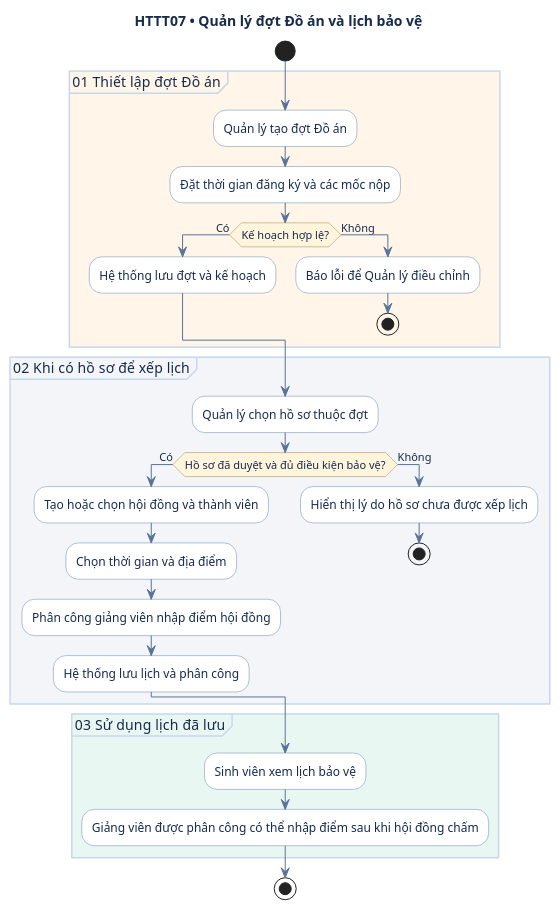
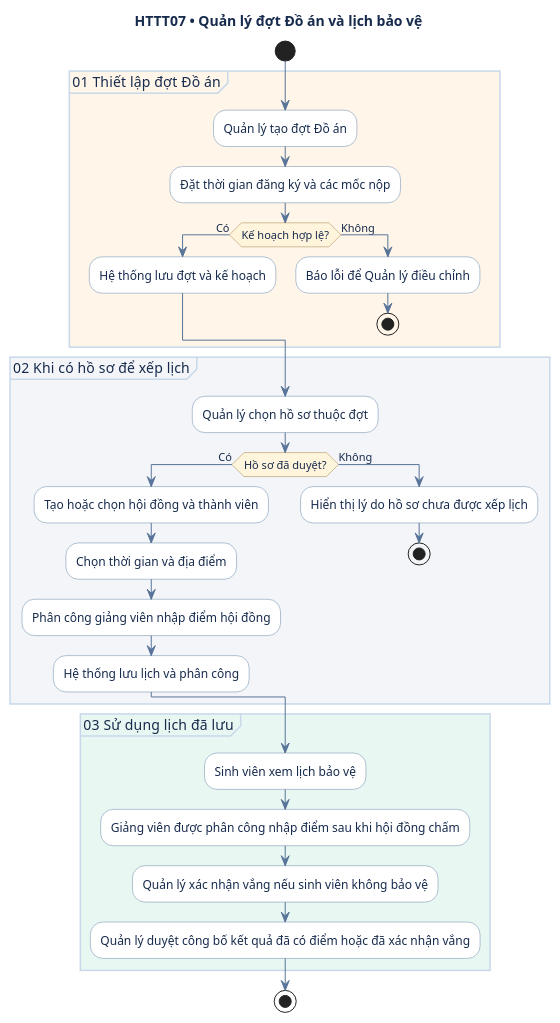
The eighth of 8 diagrams in 02-so-do-uml(1).md (lam-vu6868/HTQL_TieuLuan_DoAN), drawn with PlantUML before and after one commit. The commit also changed other lines of this file and 4 other files, not shown here.

````diff
--- a/02-so-do-uml(1).md
+++ b/02-so-do-uml(1).md
@@ -471,45 +502,47 @@
 ```plantuml
 @startuml
 title HTTT07 • Quản lý đợt Đồ án và lịch bảo vệ
 skinparam shadowing false
 skinparam DefaultFontName SansSerif
 skinparam defaultFontColor #172B4D
 skinparam ArrowColor #587499
 skinparam ActivityBorderColor #6586AB
 skinparam ActivityBackgroundColor #FFFFFF
 skinparam ActivityDiamondBackgroundColor #FFF4DC
 skinparam ActivityDiamondBorderColor #A48347
 skinparam PartitionBorderColor #C8D8EB
 
 start
 partition #FFF5E8 "01  Thiết lập đợt Đồ án" {
   :Quản lý tạo đợt Đồ án;
   :Đặt thời gian đăng ký và các mốc nộp;
   if (Kế hoạch hợp lệ?) then (Có)
     :Hệ thống lưu đợt và kế hoạch;
   else (Không)
     :Báo lỗi để Quản lý điều chỉnh;
     stop
   endif
 }
 
 partition #F3F5F8 "02  Khi có hồ sơ để xếp lịch" {
   :Quản lý chọn hồ sơ thuộc đợt;
-  if (Hồ sơ đã duyệt và đủ điều kiện bảo vệ?) then (Có)
+  if (Hồ sơ đã duyệt?) then (Có)
     :Tạo hoặc chọn hội đồng và thành viên;
     :Chọn thời gian và địa điểm;
     :Phân công giảng viên nhập điểm hội đồng;
     :Hệ thống lưu lịch và phân công;
   else (Không)
     :Hiển thị lý do hồ sơ chưa được xếp lịch;
     stop
   endif
 }
 
 partition #E9F7F2 "03  Sử dụng lịch đã lưu" {
   :Sinh viên xem lịch bảo vệ;
-  :Giảng viên được phân công có thể nhập điểm sau khi hội đồng chấm;
+  :Giảng viên được phân công nhập điểm sau khi hội đồng chấm;
+  :Quản lý xác nhận vắng nếu sinh viên không bảo vệ;
+  :Quản lý duyệt công bố kết quả đã có điểm hoặc đã xác nhận vắng;
 }
 stop
 @enduml
 ```
````
